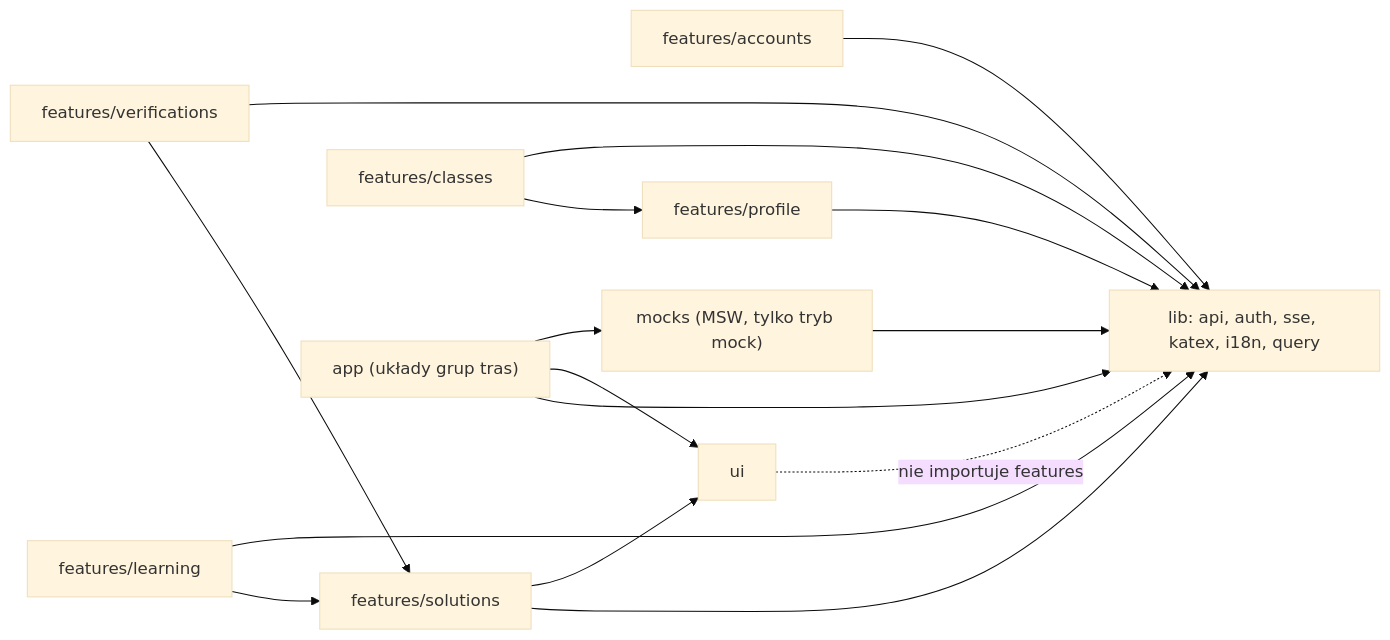
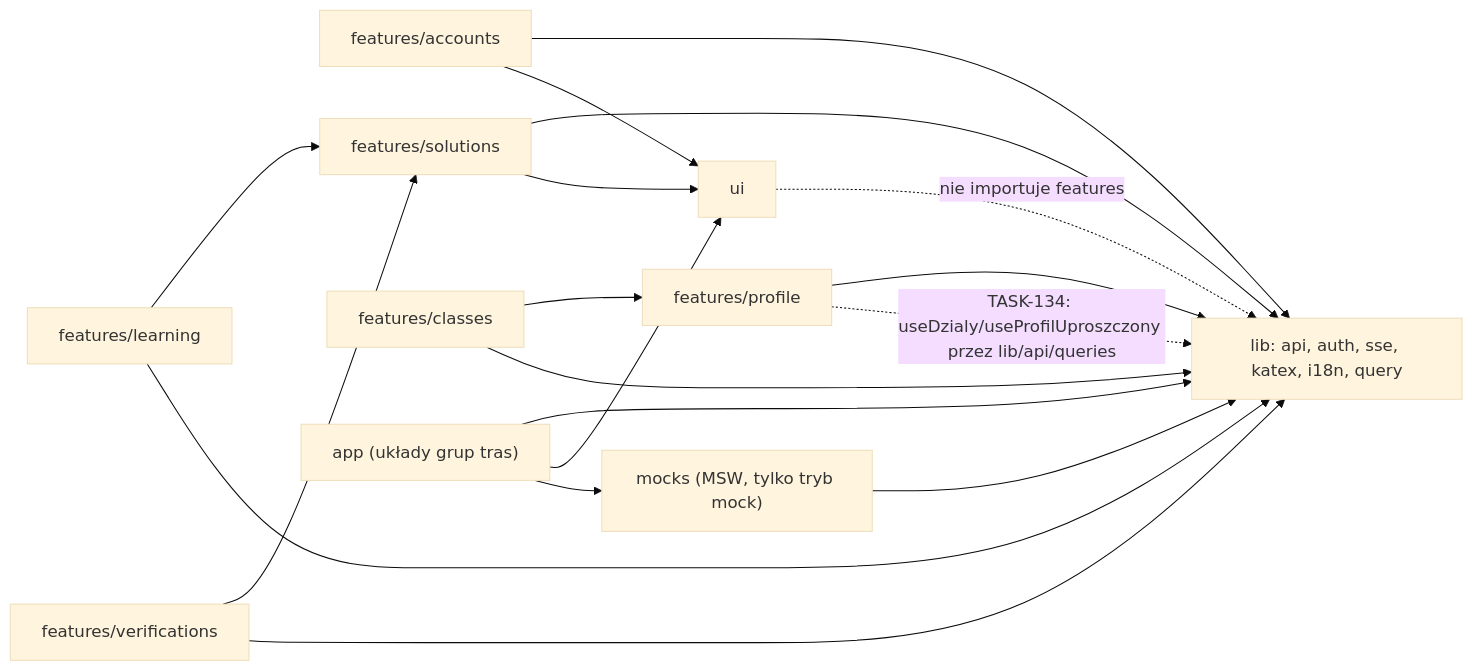
Before and after one commit to misterekkk/lemat: the fourth of 4 diagrams in docs/CODEBASE_MAP.md, drawn with Mermaid (base theme). The commit also changed other lines of this file and 17 other files, not shown here.

````diff
--- a/docs/CODEBASE_MAP.md
+++ b/docs/CODEBASE_MAP.md
@@ -271,28 +271,30 @@
 ```mermaid
 flowchart LR
     ACC["features/accounts"]
     LRN["features/learning"]
     SOL["features/solutions"]
     PRF["features/profile"]
     CLS["features/classes"]
     VER["features/verifications"]
     LIB["lib: api, auth, sse, katex, i18n, query"]
     MCK["mocks (MSW, tylko tryb mock)"]
     UI["ui"]
     APP["app (układy grup tras)"]
     APP --> LIB
     APP --> UI
     APP --> MCK
     MCK --> LIB
     LRN --> SOL
     CLS --> PRF
     VER --> SOL
     ACC --> LIB
     LRN --> LIB
     SOL --> LIB
     PRF --> LIB
+    ACC --> UI
+    PRF -. "TASK-134: useDzialy/useProfilUproszczony przez lib/api/queries" .-> LIB
     CLS --> LIB
     VER --> LIB
     SOL --> UI
     UI -. "nie importuje features" .-> LIB
 ```
````
